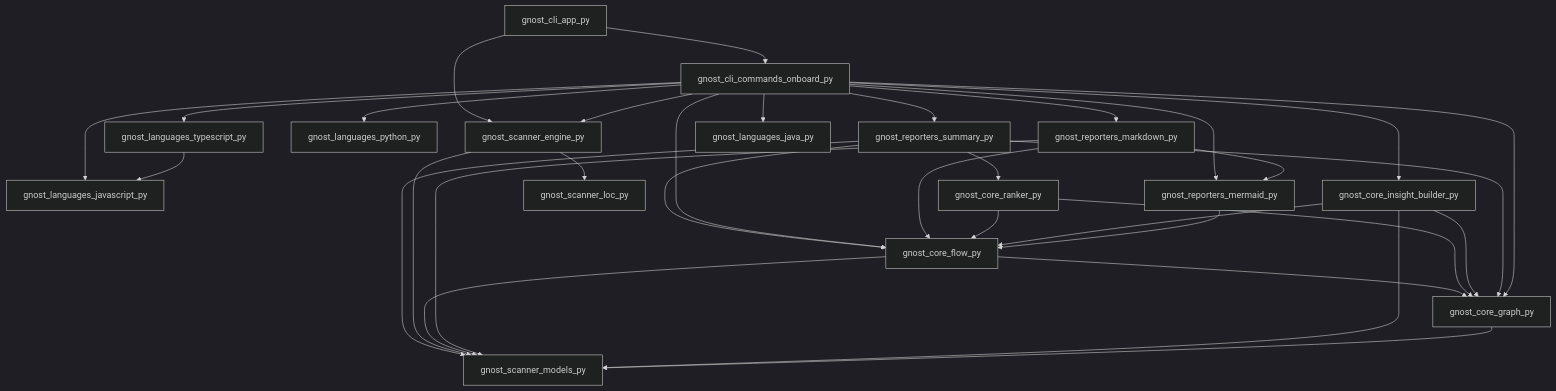
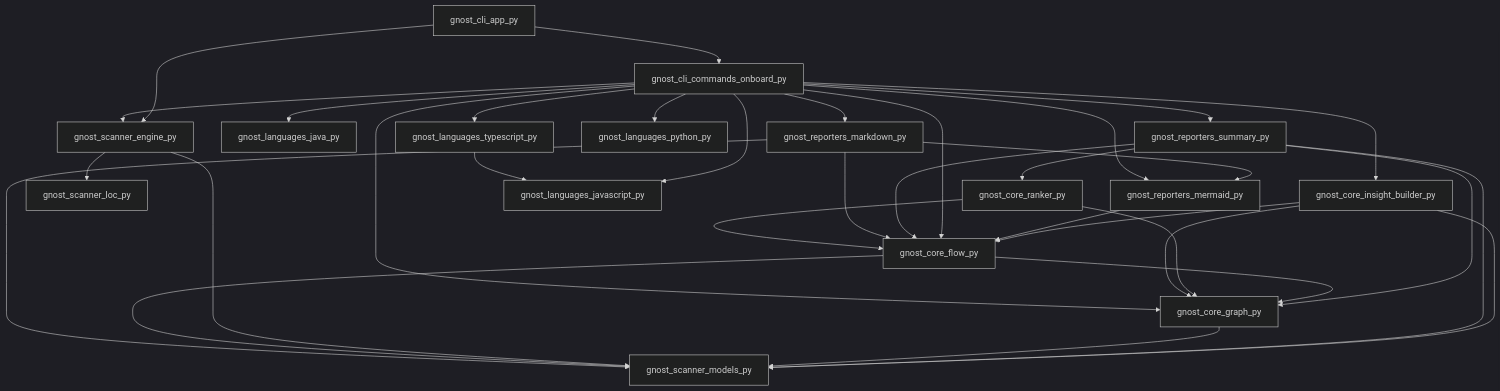
Before and after one commit to mohdzain98/gnost: the diagram in ONBOARD.md, drawn with Mermaid (dark theme). The commit also changed other lines of this file and 6 other files, not shown here.

````diff
--- a/ONBOARD.md
+++ b/ONBOARD.md
@@ -29,35 +29,35 @@
 ```mermaid
 flowchart TD
+  gnost_core_insight_builder_py --> gnost_core_flow_py
+  gnost_cli_commands_onboard_py --> gnost_reporters_summary_py
+  gnost_cli_commands_onboard_py --> gnost_languages_java_py
+  gnost_scanner_engine_py --> gnost_scanner_loc_py
+  gnost_core_insight_builder_py --> gnost_scanner_models_py
+  gnost_cli_app_py --> gnost_scanner_engine_py
+  gnost_reporters_mermaid_py --> gnost_core_flow_py
+  gnost_reporters_markdown_py --> gnost_reporters_mermaid_py
+  gnost_cli_commands_onboard_py --> gnost_core_flow_py
+  gnost_reporters_summary_py --> gnost_core_ranker_py
+  gnost_reporters_summary_py --> gnost_core_graph_py
+  gnost_reporters_summary_py --> gnost_core_flow_py
+  gnost_cli_commands_onboard_py --> gnost_languages_javascript_py
+  gnost_reporters_summary_py --> gnost_scanner_models_py
+  gnost_cli_commands_onboard_py --> gnost_reporters_mermaid_py
   gnost_cli_app_py --> gnost_cli_commands_onboard_py
-  gnost_cli_commands_onboard_py --> gnost_languages_javascript_py
+  gnost_core_graph_py --> gnost_scanner_models_py
+  gnost_cli_commands_onboard_py --> gnost_core_insight_builder_py
+  gnost_scanner_engine_py --> gnost_scanner_models_py
   gnost_core_flow_py --> gnost_core_graph_py
+  gnost_cli_commands_onboard_py --> gnost_languages_python_py
+  gnost_cli_commands_onboard_py --> gnost_languages_typescript_py
   gnost_cli_commands_onboard_py --> gnost_reporters_markdown_py
-  gnost_reporters_summary_py --> gnost_scanner_models_py
-  gnost_cli_commands_onboard_py --> gnost_reporters_summary_py
-  gnost_cli_commands_onboard_py --> gnost_languages_python_py
-  gnost_reporters_summary_py --> gnost_core_flow_py
-  gnost_cli_commands_onboard_py --> gnost_languages_typescript_py
+  gnost_cli_commands_onboard_py --> gnost_scanner_engine_py
   gnost_core_ranker_py --> gnost_core_graph_py
+  gnost_reporters_markdown_py --> gnost_core_flow_py
+  gnost_core_flow_py --> gnost_scanner_models_py
+  gnost_core_insight_builder_py --> gnost_core_graph_py
+  gnost_reporters_markdown_py --> gnost_scanner_models_py
   gnost_languages_typescript_py --> gnost_languages_javascript_py
-  gnost_cli_app_py --> gnost_scanner_engine_py
-  gnost_cli_commands_onboard_py --> gnost_core_insight_builder_py
-  gnost_reporters_summary_py --> gnost_core_ranker_py
-  gnost_cli_commands_onboard_py --> gnost_core_flow_py
-  gnost_cli_commands_onboard_py --> gnost_reporters_mermaid_py
-  gnost_core_insight_builder_py --> gnost_core_graph_py
-  gnost_scanner_engine_py --> gnost_scanner_models_py
-  gnost_core_flow_py --> gnost_scanner_models_py
-  gnost_scanner_engine_py --> gnost_scanner_loc_py
-  gnost_cli_commands_onboard_py --> gnost_scanner_engine_py
-  gnost_reporters_markdown_py --> gnost_scanner_models_py
-  gnost_cli_commands_onboard_py --> gnost_languages_java_py
-  gnost_reporters_summary_py --> gnost_core_graph_py
-  gnost_reporters_markdown_py --> gnost_core_flow_py
   gnost_core_ranker_py --> gnost_core_flow_py
-  gnost_reporters_markdown_py --> gnost_reporters_mermaid_py
   gnost_cli_commands_onboard_py --> gnost_core_graph_py
-  gnost_core_insight_builder_py --> gnost_scanner_models_py
-  gnost_core_insight_builder_py --> gnost_core_flow_py
-  gnost_core_graph_py --> gnost_scanner_models_py
-  gnost_reporters_mermaid_py --> gnost_core_flow_py
 ```
````
